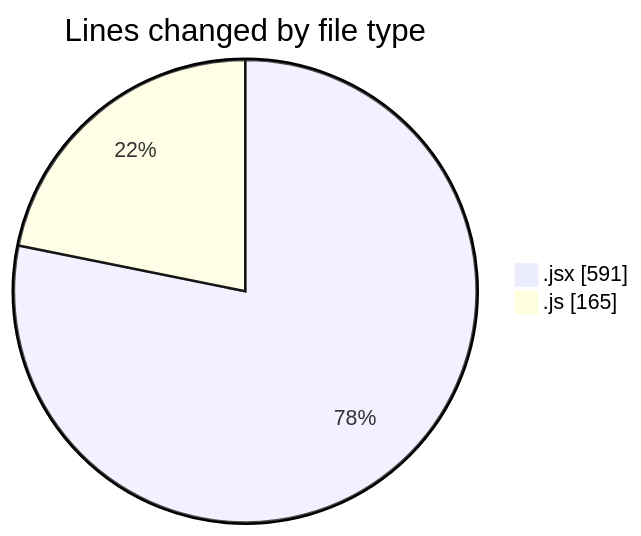
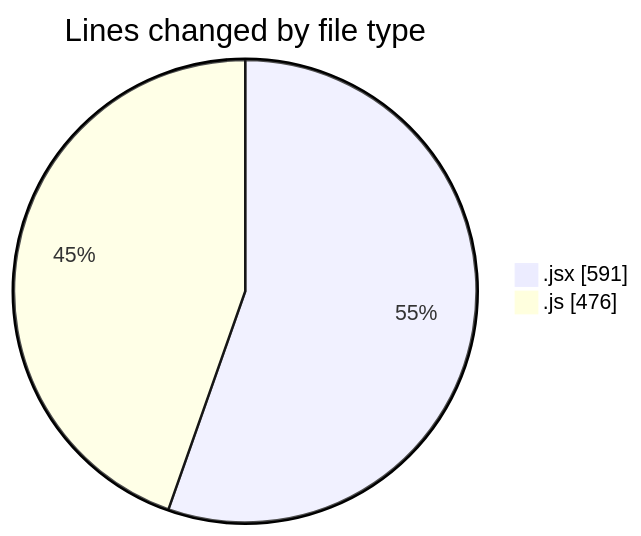
The first of 2 diagrams in 2025-11-14/argos/README.md (nxtqubesakshisongat/code-tracking), drawn with Mermaid before and after one commit. The commit also changed other lines of this file and 1 other file, not shown here.

````diff
--- a/2025-11-14/argos/README.md
+++ b/2025-11-14/argos/README.md
@@ -22,6 +23,6 @@
 ```mermaid
 pie showData
 title Lines changed by file type
 ".jsx" : 591
-".js" : 165
+".js" : 476
 ```
````
